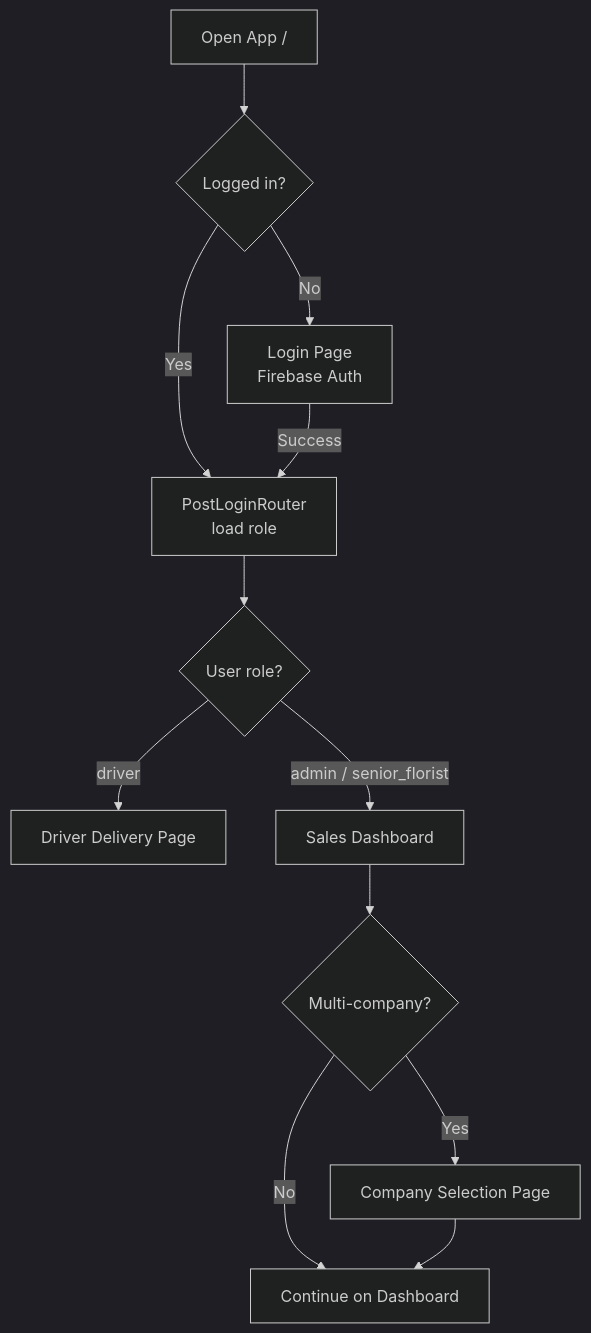
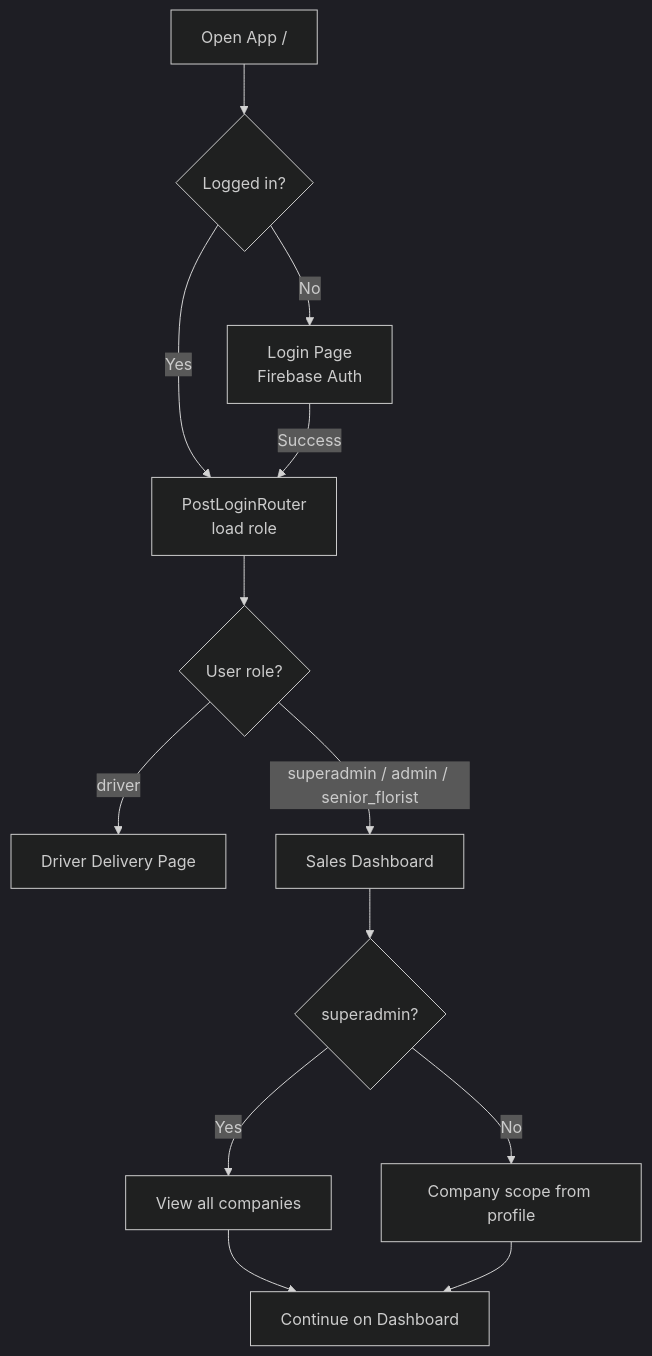
The first of 9 diagrams in docs/WORKFLOW.md (kahliantoo-rgb/tfg_vday), drawn with Mermaid (dark theme) before and after one commit. The commit also changed other lines of this file and 29 other files, not shown here.

First line of the commit message:
Harden multi-tenant security and add superadmin plus peak-season ops tooling.

````diff
--- a/docs/WORKFLOW.md
+++ b/docs/WORKFLOW.md
@@ -17,14 +17,15 @@
 ```mermaid
 flowchart TD
     A[Open App /] --> B{Logged in?}
     B -->|No| C[Login Page<br/>Firebase Auth]
     B -->|Yes| D[PostLoginRouter<br/>load role]
     C -->|Success| D
     D --> E{User role?}
     E -->|driver| F[Driver Delivery Page]
-    E -->|admin / senior_florist| G[Sales Dashboard]
-    G --> H{Multi-company?}
-    H -->|Yes| I[Company Selection Page]
-    H -->|No| J[Continue on Dashboard]
-    I --> J
+    E -->|superadmin / admin / senior_florist| G[Sales Dashboard]
+    G --> H{superadmin?}
+    H -->|Yes| I[View all companies]
+    H -->|No| J[Company scope from profile]
+    I --> K[Continue on Dashboard]
+    J --> K
 ```
````
